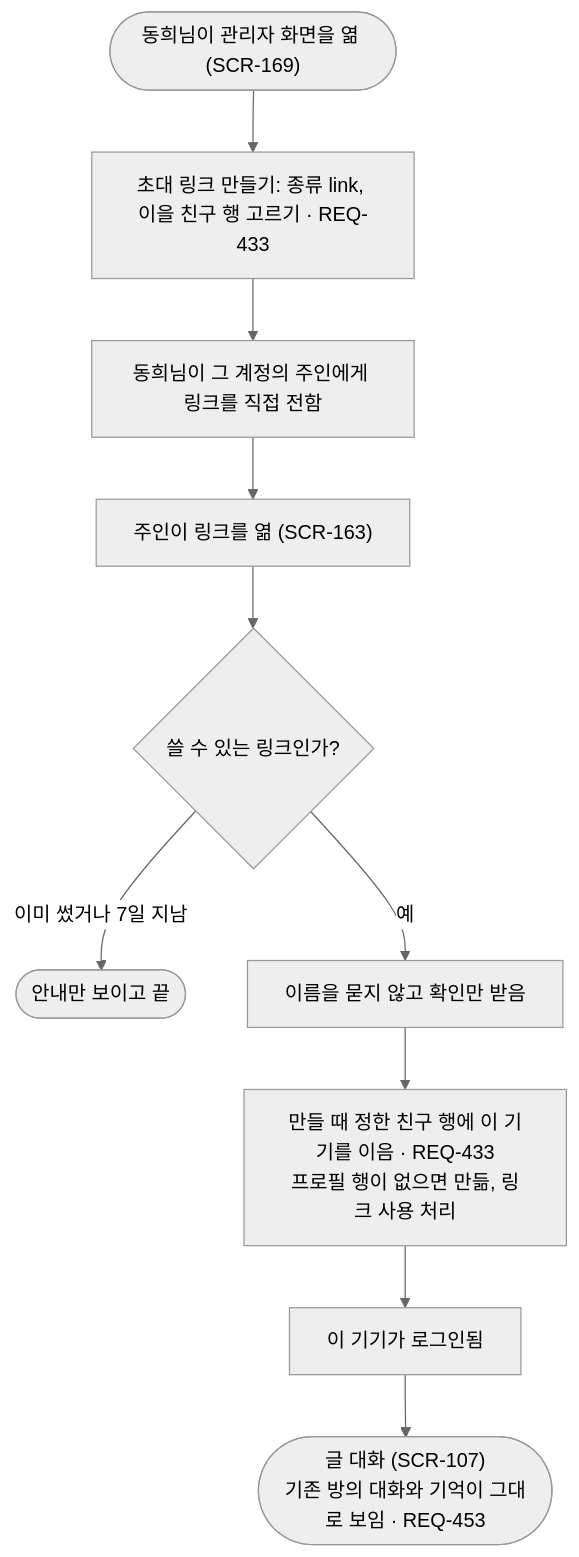
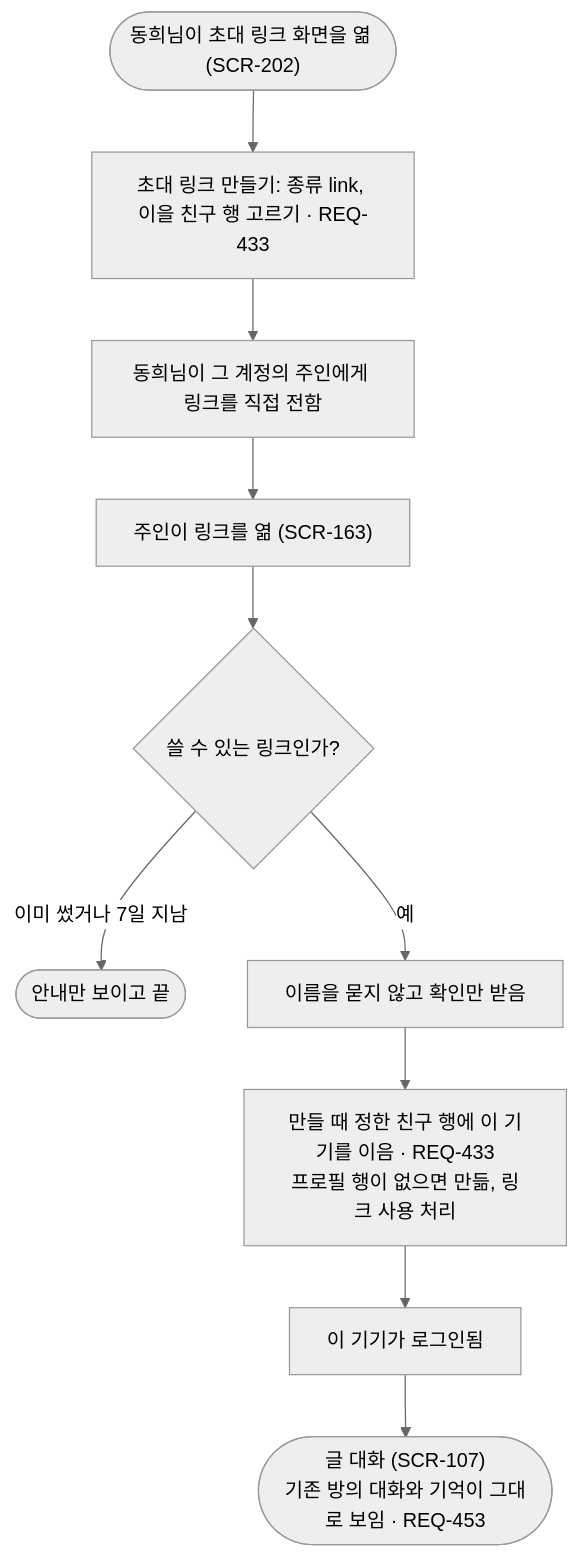
One commit to kodonghui/marong2 changed the diagram in docs/03-user-flow/FL-170-link-account.md. Above: the diagram before and after it, drawn with Mermaid (neutral theme). The commit also changed other lines of this file and 29 other files, not shown here.

````diff
--- a/docs/03-user-flow/FL-170-link-account.md
+++ b/docs/03-user-flow/FL-170-link-account.md
@@ -7,12 +7,12 @@
 ```mermaid
 flowchart TD
-  A(["동희님이 관리자 화면을 엶 (SCR-169)"]) --> B["초대 링크 만들기: 종류 link, 이을 친구 행 고르기 · REQ-433"]
+  A(["동희님이 초대 링크 화면을 엶 (SCR-202)"]) --> B["초대 링크 만들기: 종류 link, 이을 친구 행 고르기 · REQ-433"]
   B --> C["동희님이 그 계정의 주인에게 링크를 직접 전함"]
   C --> D["주인이 링크를 엶 (SCR-163)"]
   D --> E{"쓸 수 있는 링크인가?"}
   E -->|"이미 썼거나 7일 지남"| E1(["안내만 보이고 끝"])
   E -->|"예"| F["이름을 묻지 않고 확인만 받음"]
   F --> G["만들 때 정한 친구 행에 이 기기를 이음 · REQ-433<br/>프로필 행이 없으면 만듦, 링크 사용 처리"]
   G --> H["이 기기가 로그인됨"]
   H --> I(["글 대화 (SCR-107)<br/>기존 방의 대화와 기억이 그대로 보임 · REQ-453"])
 ```
````
